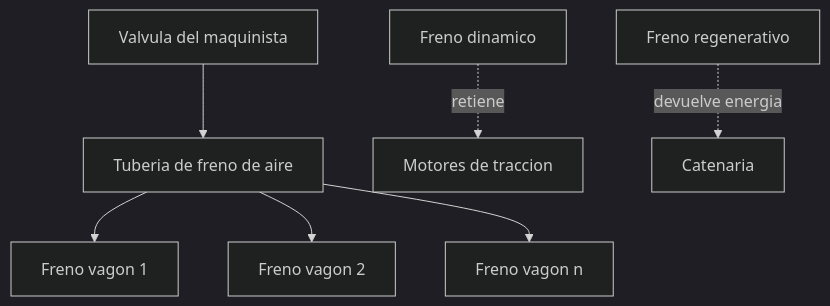
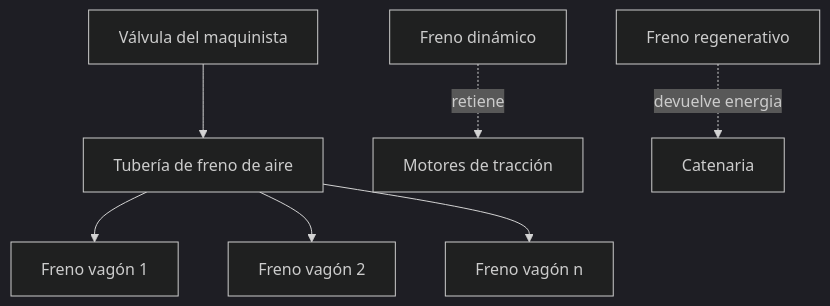
The third of 4 diagrams in vehiculos/tren-carga/operacion/sistemas-mecanicos-tren-carga.md (vladimiracunadev-create/machine-operator-program), drawn with Mermaid (dark theme) before and after one commit. The commit also changed other lines of this file and 442 other files, not shown here.

````diff
--- a/vehiculos/tren-carga/operacion/sistemas-mecanicos-tren-carga.md
+++ b/vehiculos/tren-carga/operacion/sistemas-mecanicos-tren-carga.md
@@ -96,9 +96,9 @@
 ```mermaid
 flowchart TD
-    Valvula[Valvula del maquinista] --> Tuberia[Tuberia de freno de aire]
-    Tuberia --> V1[Freno vagon 1]
-    Tuberia --> V2[Freno vagon 2]
-    Tuberia --> Vn[Freno vagon n]
-    Dinamico[Freno dinamico] -. retiene .-> Motores[Motores de traccion]
+    Valvula[Válvula del maquinista] --> Tuberia[Tubería de freno de aire]
+    Tuberia --> V1[Freno vagón 1]
+    Tuberia --> V2[Freno vagón 2]
+    Tuberia --> Vn[Freno vagón n]
+    Dinamico[Freno dinámico] -. retiene .-> Motores[Motores de tracción]
     Regenerativo[Freno regenerativo] -. devuelve energia .-> Catenaria[Catenaria]
 ```
````
